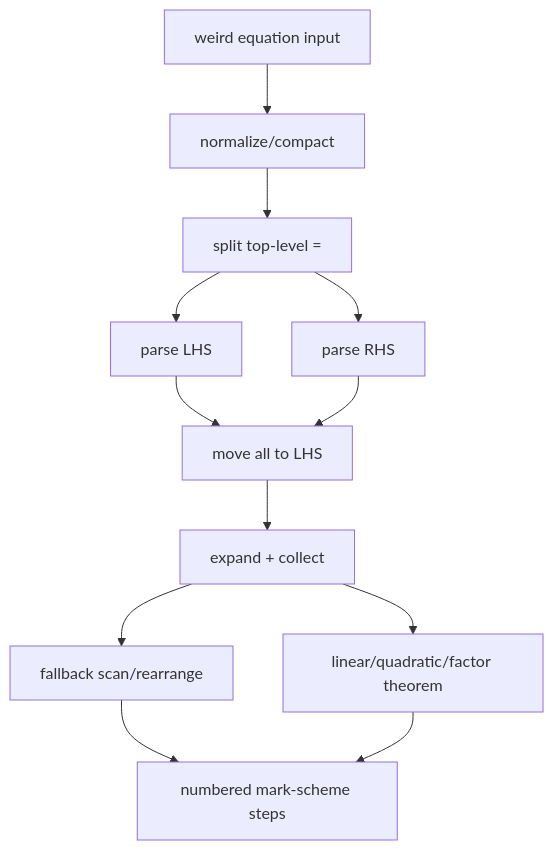
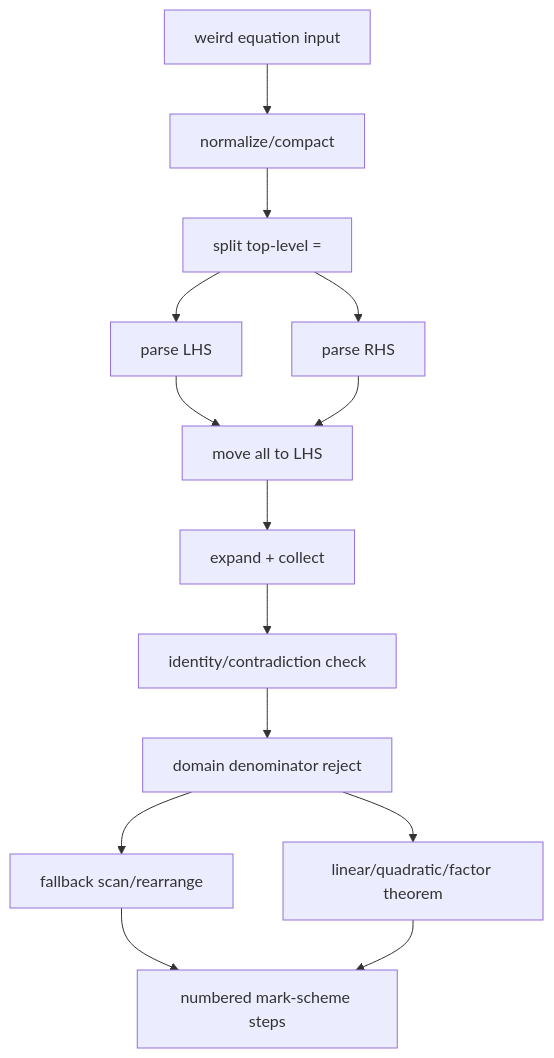
One commit to james8464/notes-addin-casio-fx-cg50 changed the second of 5 diagrams in c++/GRAPH.md. Above: the diagram before and after it, drawn with Mermaid. The commit also changed other lines of this file and 11 other files, not shown here.

````diff
--- a/c++/GRAPH.md
+++ b/c++/GRAPH.md
@@ -35,14 +39,16 @@
 ```mermaid
 graph TD
   In["weird equation input"] --> N["normalize/compact"]
   N --> E["split top-level ="]
   E --> L["parse LHS"]
   E --> R["parse RHS"]
   L --> M["move all to LHS"]
   R --> M
   M --> C["expand + collect"]
-  C --> S["linear/quadratic/factor theorem"]
-  C --> F["fallback scan/rearrange"]
+  C --> ID["identity/contradiction check"]
+  ID --> Den["domain denominator reject"]
+  Den --> S["linear/quadratic/factor theorem"]
+  Den --> F["fallback scan/rearrange"]
   F --> W
   S --> W["numbered mark-scheme steps"]
 ```
````
